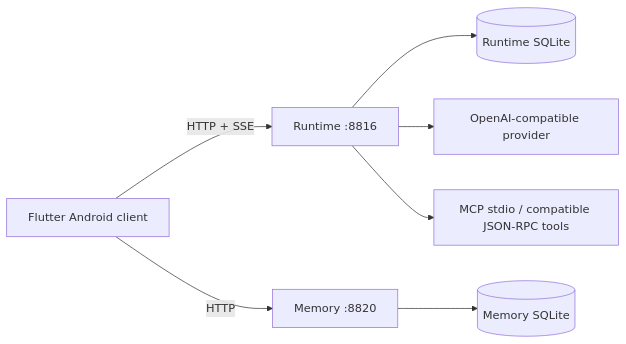
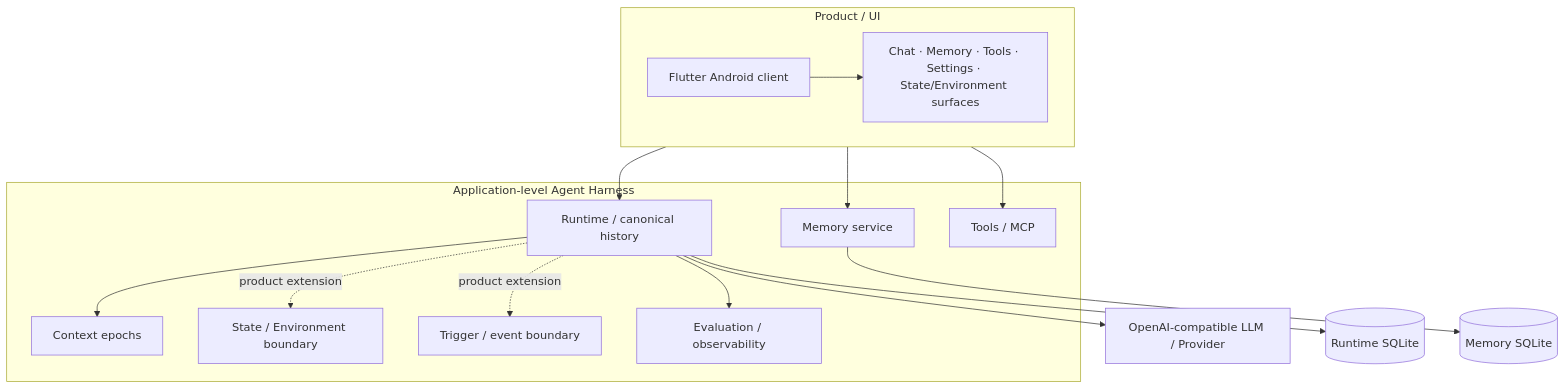
The diagram in README.md (yuyu1838309000-cmd/continuum-chat), drawn with Mermaid before and after one commit. The commit also changed other lines of this file, not shown here.

Commit message:
docs: reposition Continuum Chat as agent harness

````diff
--- a/README.md
+++ b/README.md
@@ -41,9 +43,33 @@
 ```mermaid
-flowchart LR
-    A[Flutter Android client] -->|HTTP + SSE| R[Runtime :8816]
-    A -->|HTTP| M[Memory :8820]
-    R --> H[(Runtime SQLite)]
-    M --> D[(Memory SQLite)]
-    R --> P[OpenAI-compatible provider]
-    R --> T[MCP stdio / compatible JSON-RPC tools]
+flowchart TB
+    subgraph UI[Product / UI]
+      A[Flutter Android client]
+      U[Chat · Memory · Tools · Settings · State/Environment surfaces]
+      A --> U
+    end
+
+    subgraph H[Application-level Agent Harness]
+      R[Runtime / canonical history]
+      C[Context epochs]
+      M[Memory service]
+      S[State / Environment boundary]
+      T[Tools / MCP]
+      G[Trigger / event boundary]
+      E[Evaluation / observability]
+    end
+
+    P[OpenAI-compatible LLM / Provider]
+    DB1[(Runtime SQLite)]
+    DB2[(Memory SQLite)]
+
+    UI --> R
+    UI --> M
+    UI --> T
+    R --> C
+    R --> P
+    R --> DB1
+    M --> DB2
+    R -. product extension .-> S
+    R -. product extension .-> G
+    R --> E
 ```
````
